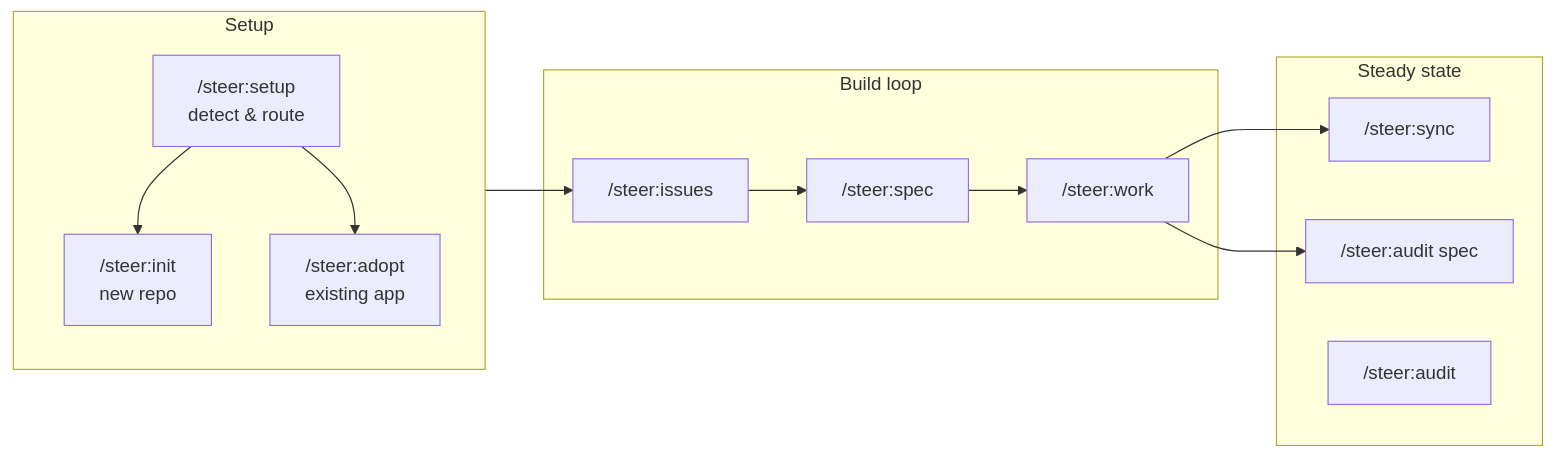
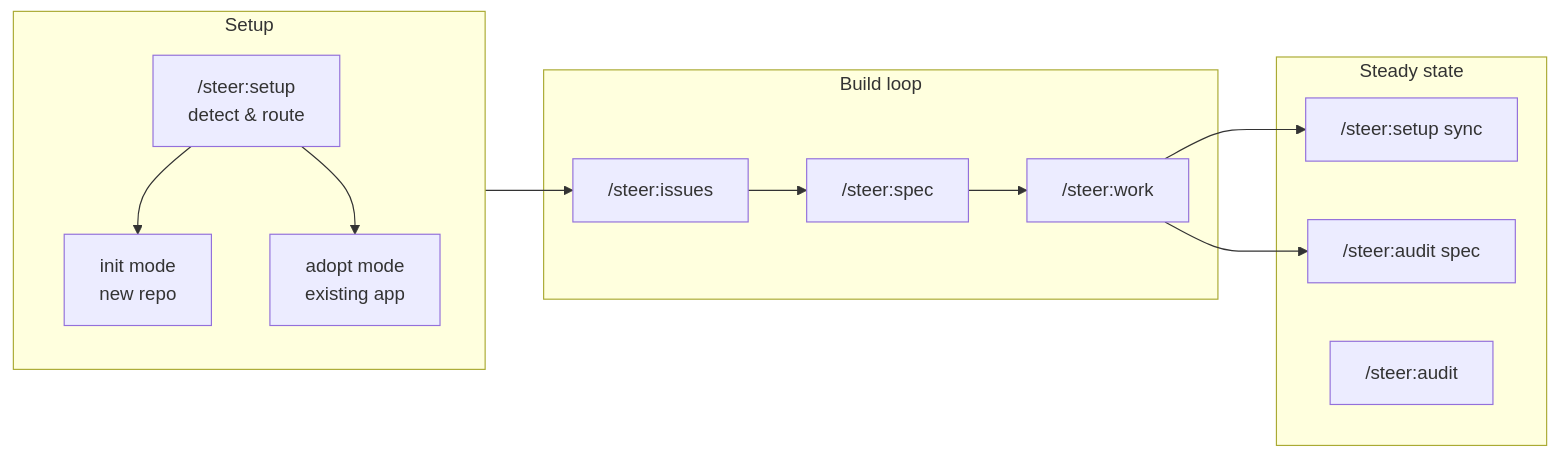
Before and after one commit to element22llc/e22-plugins: the diagram in docs/workflows/index.md, drawn with Mermaid. The commit also changed other lines of this file and 20 other files, not shown here.

````diff
--- a/docs/workflows/index.md
+++ b/docs/workflows/index.md
@@ -39,21 +39,21 @@
 ```mermaid
 flowchart LR
     subgraph Setup
       setup["/steer:setup<br/>detect & route"]
-      init["/steer:init<br/>new repo"]
-      adopt["/steer:adopt<br/>existing app"]
+      init["init mode<br/>new repo"]
+      adopt["adopt mode<br/>existing app"]
       setup --> init & adopt
     end
     subgraph Build loop
       issues["/steer:issues"]
       spec["/steer:spec"]
       work["/steer:work"]
     end
     subgraph Steady state
-      sync["/steer:sync"]
+      sync["/steer:setup sync"]
       drift["/steer:audit spec"]
       audit["/steer:audit"]
     end
     Setup --> issues --> spec --> work --> drift
     work --> sync
 ```
````
